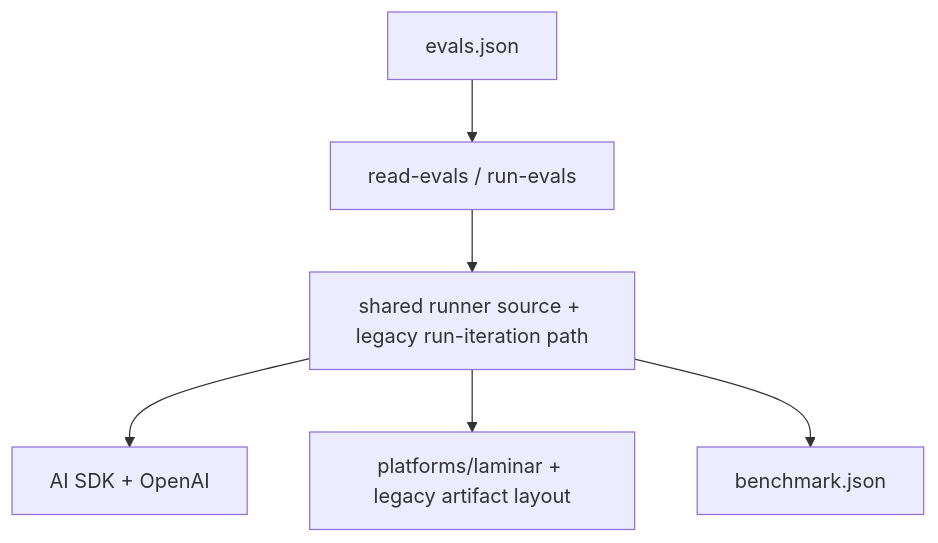
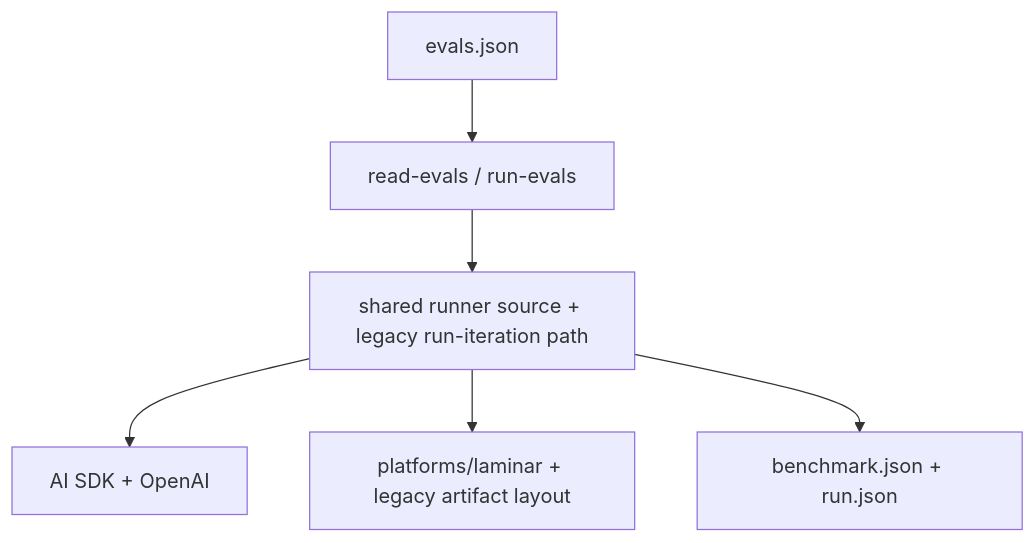
The first of 5 diagrams in PLAN.md (1jnole/skills-catalog), drawn with Mermaid before and after one commit. The commit also changed other lines of this file and 32 other files, not shown here.

Commit message:
FEAT: implement run.json and benchmark.json generation with neutral semantics for Laminar migration

````diff
--- a/PLAN.md
+++ b/PLAN.md
@@ -46,8 +46,8 @@
 ```mermaid
 flowchart TD
     A["evals.json"] --> B["read-evals / run-evals"]
     B --> C["shared runner source + legacy run-iteration path"]
     C --> D["AI SDK + OpenAI"]
     C --> E["platforms/laminar + legacy artifact layout"]
-    C --> F["benchmark.json"]
+    C --> F["benchmark.json + run.json"]
 ```
````
